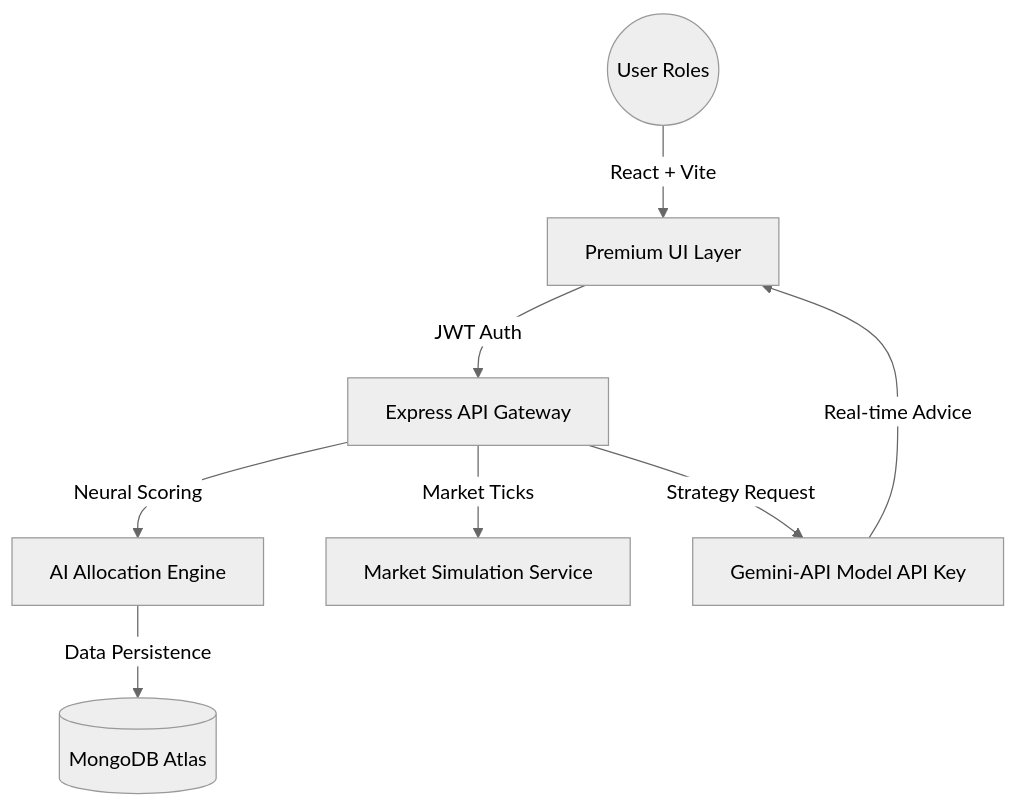
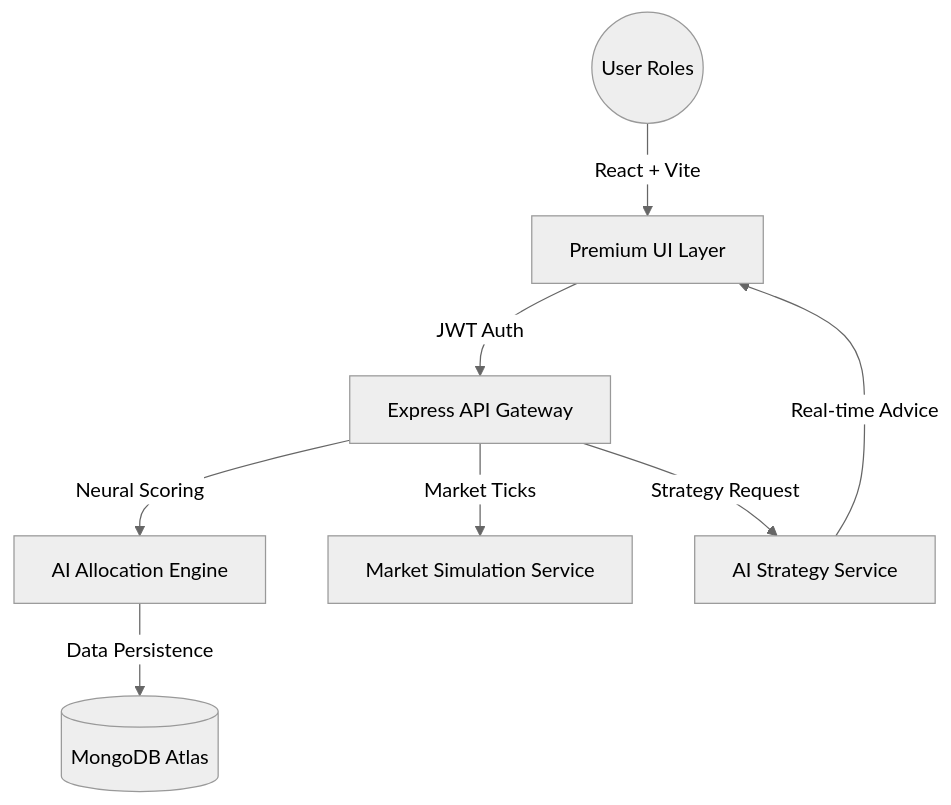
The diagram in README.md (dosapatidurgaprasad96-tech/AI_TRADING), drawn with Mermaid (neutral theme) before and after one commit. The commit also changed other lines of this file and 2 other files, not shown here.

Commit message:
feat: implement customer and employee dashboards and update system architecture documentation

````diff
--- a/README.md
+++ b/README.md
@@ -9,10 +9,10 @@
 ```mermaid
 graph TD
     User((User Roles)) --> |React + Vite| UI[Premium UI Layer]
     UI --> |JWT Auth| API[Express API Gateway]
     API --> |Neural Scoring| AE[AI Allocation Engine]
     API --> |Market Ticks| MS[Market Simulation Service]
     AE --> |Data Persistence| DB[(MongoDB Atlas)]
-    API --> |Strategy Request| NV[Gemini-API Model API Key]
+    API --> |Strategy Request| NV[AI Strategy Service]
     NV --> |Real-time Advice| UI
 ```
````
